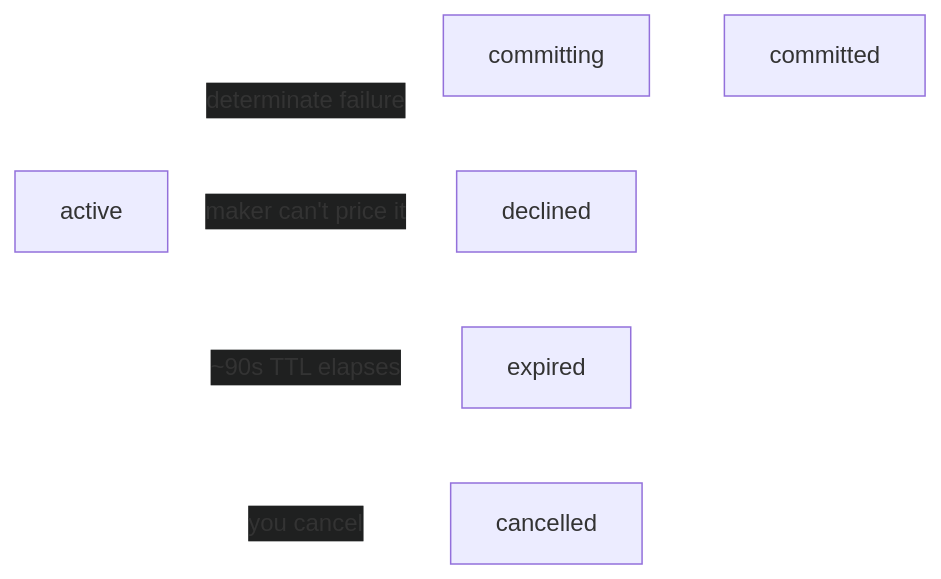
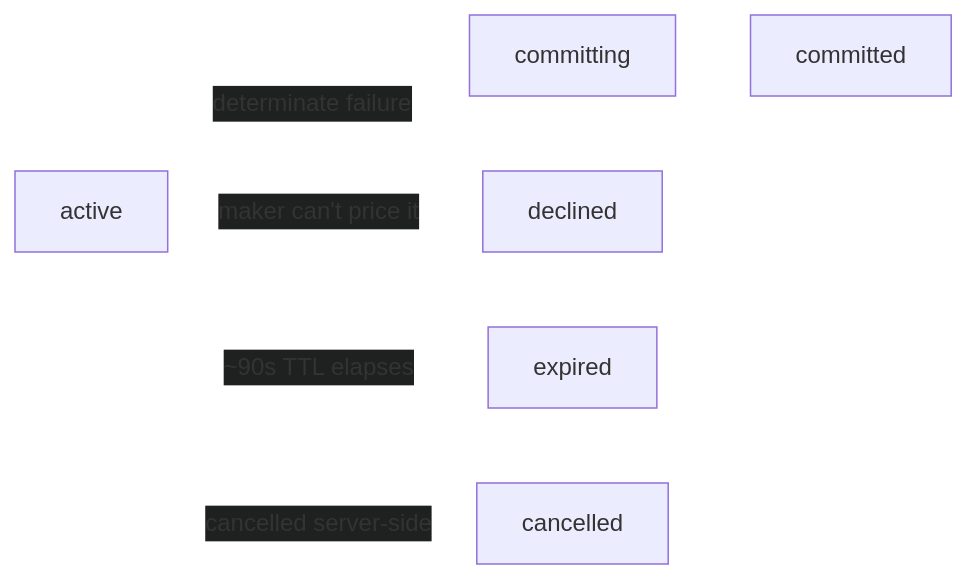
Before and after one commit to totalistrading/docs: the diagram in guides/cashout.mdx, drawn with Mermaid. The commit also changed other lines of this file, not shown here.

First line of the commit message:
docs(cashout): fix cancel + determinate-failure accuracy (PR review)

````diff
--- a/guides/cashout.mdx
+++ b/guides/cashout.mdx
@@ -12,9 +12,9 @@
 ```mermaid
 %%{init: {'themeVariables': {'edgeLabelBackground': '#1f2020', 'primaryTextColor': '#ffffff', 'lineColor': '#ffffff', 'primaryBorderColor': '#ffffff'}}}%%
 flowchart LR
     active --> committing --> committed
     committing -. determinate failure .-> active
     active -- maker can't price it --> declined
     active -- ~90s TTL elapses --> expired
-    active -- you cancel --> cancelled
+    active -- cancelled server-side --> cancelled
 ```
````
